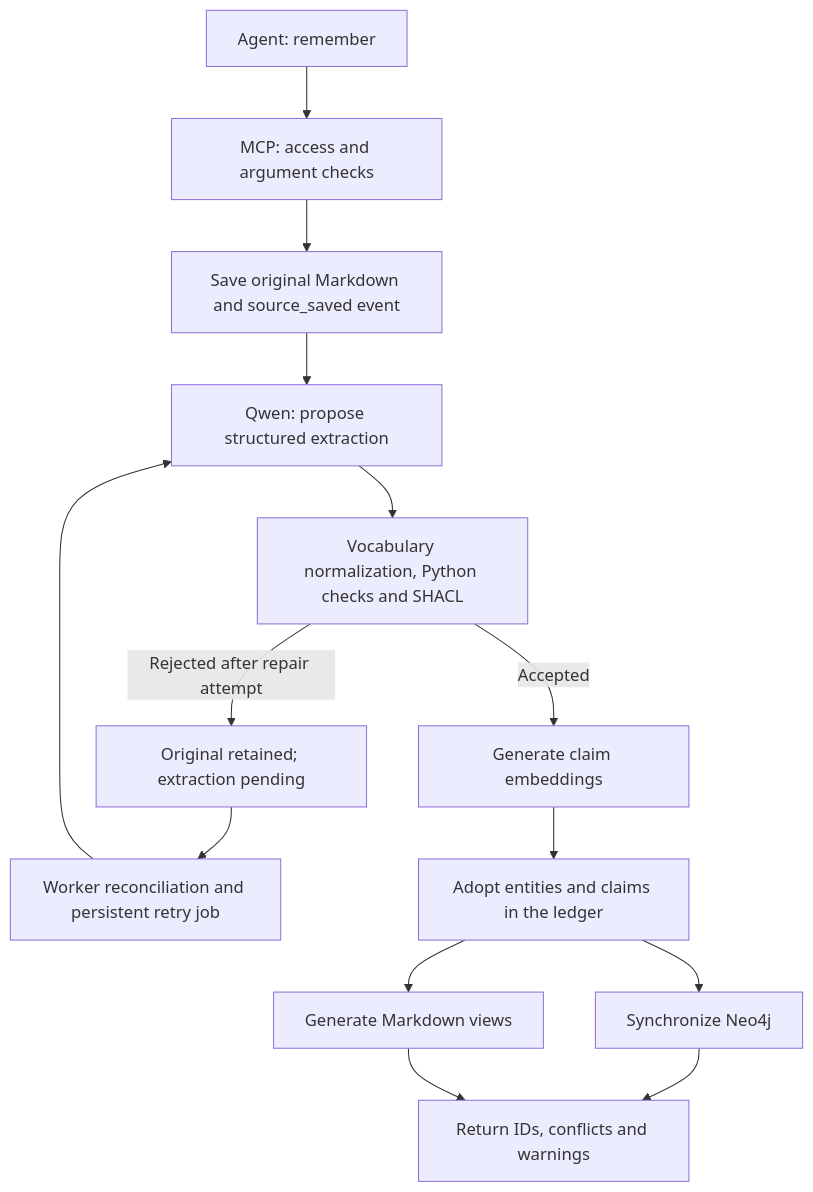
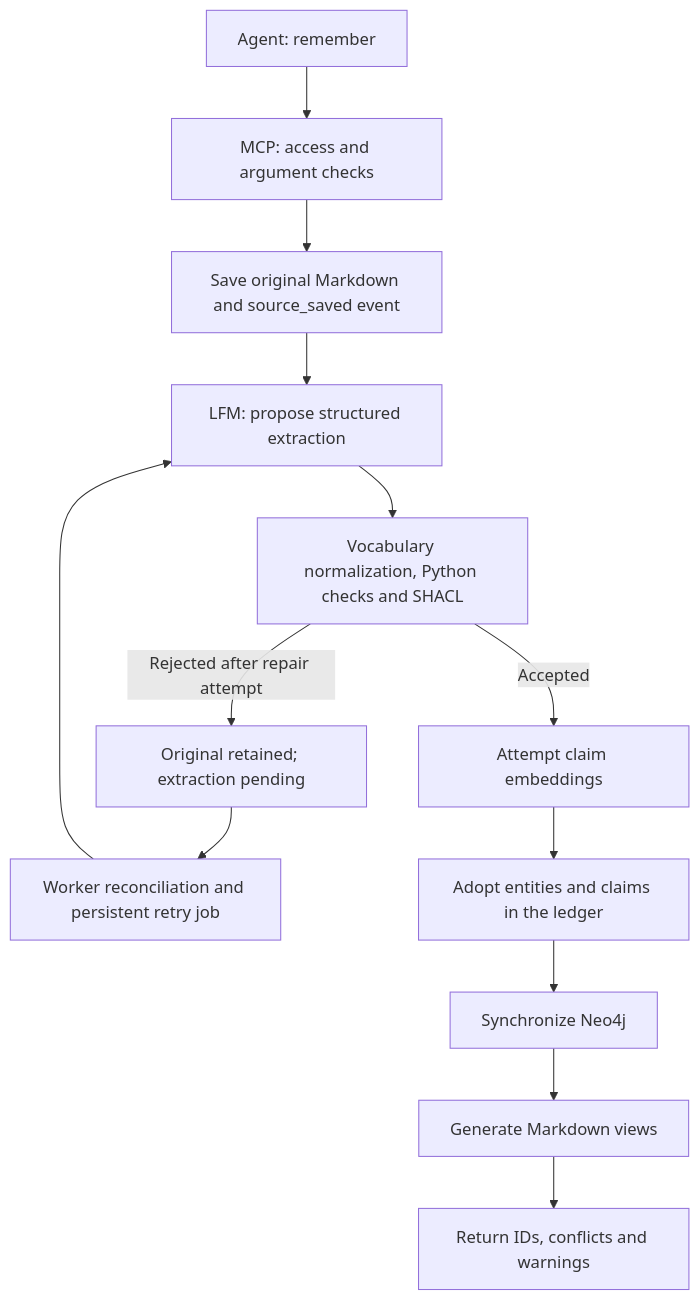
Before and after one commit to emanueledibella/sbrain: the diagram in docs/ingestion.md, drawn with Mermaid. The commit also changed other lines of this file and 33 other files, not shown here.

Commit message:
Add source-grounded LFM extraction and safe preference recovery

````diff
--- a/docs/ingestion.md
+++ b/docs/ingestion.md
@@ -10,16 +10,15 @@
 ```mermaid
 flowchart TD
     A["Agent: remember"] --> B["MCP: access and argument checks"]
     B --> C["Save original Markdown and source_saved event"]
-    C --> D["Qwen: propose structured extraction"]
+    C --> D["LFM: propose structured extraction"]
     D --> E["Vocabulary normalization, Python checks and SHACL"]
     E -->|"Rejected after repair attempt"| P["Original retained; extraction pending"]
     P --> R["Worker reconciliation and persistent retry job"]
     R --> D
-    E -->|Accepted| F["Generate claim embeddings"]
+    E -->|Accepted| F["Attempt claim embeddings"]
     F --> G["Adopt entities and claims in the ledger"]
     G --> H["Synchronize Neo4j"]
-    G --> I["Generate Markdown views"]
-    H --> J["Return IDs, conflicts and warnings"]
-    I --> J
+    H --> I["Generate Markdown views"]
+    I --> J["Return IDs, conflicts and warnings"]
 ```
````
